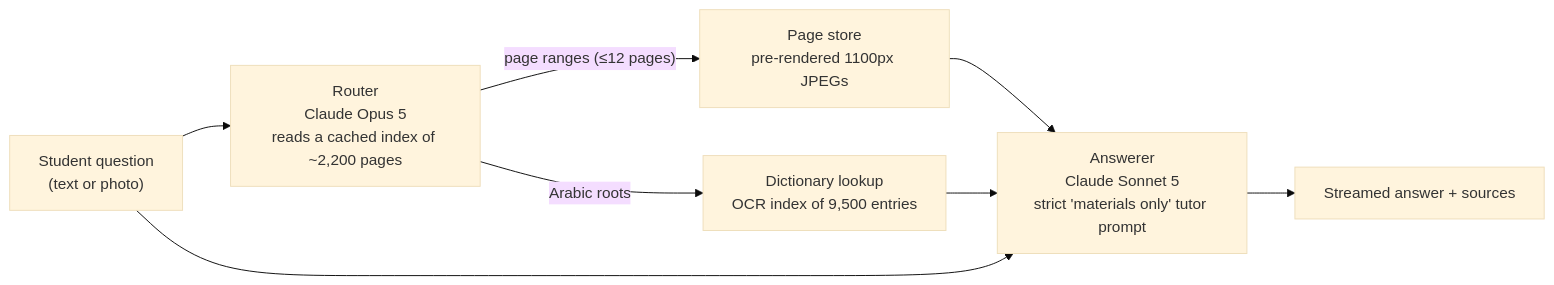
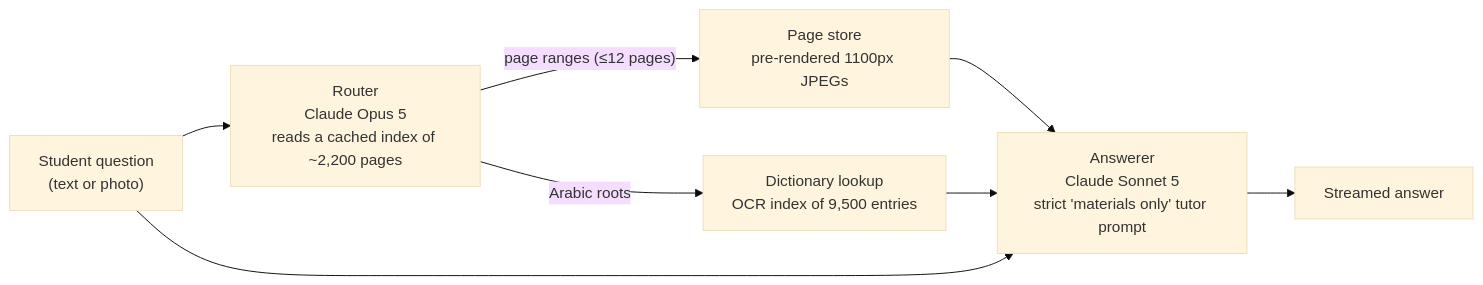
Before and after one commit to DeiaNsasra/psychometric-ai-tutor: the diagram in README.md, drawn with Mermaid (base theme). The commit also changed other lines of this file and 2 other files, not shown here.

Commit message:
Answers no longer cite sources; README updated

````diff
--- a/README.md
+++ b/README.md
@@ -27,10 +27,10 @@
 ```mermaid
 flowchart LR
     Q["Student question<br/>(text or photo)"] --> R["Router<br/>Claude Opus 5<br/>reads a cached index of ~2,200 pages"]
     R -->|"page ranges (≤12 pages)"| P["Page store<br/>pre-rendered 1100px JPEGs"]
     R -->|"Arabic roots"| D["Dictionary lookup<br/>OCR index of 9,500 entries"]
     P --> A["Answerer<br/>Claude Sonnet 5<br/>strict 'materials only' tutor prompt"]
     D --> A
     Q --> A
-    A --> S["Streamed answer + sources"]
+    A --> S["Streamed answer"]
 ```
````
